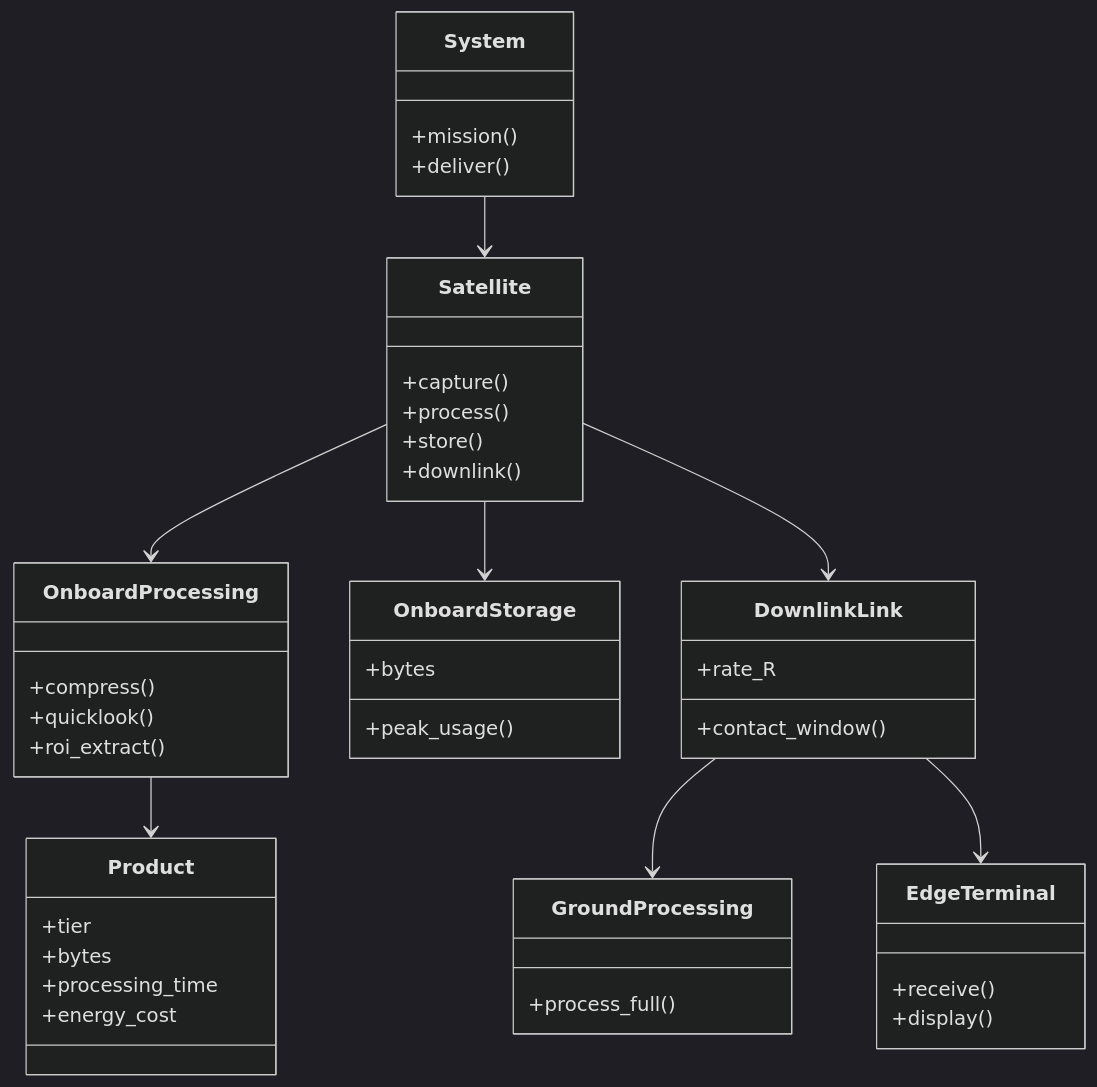
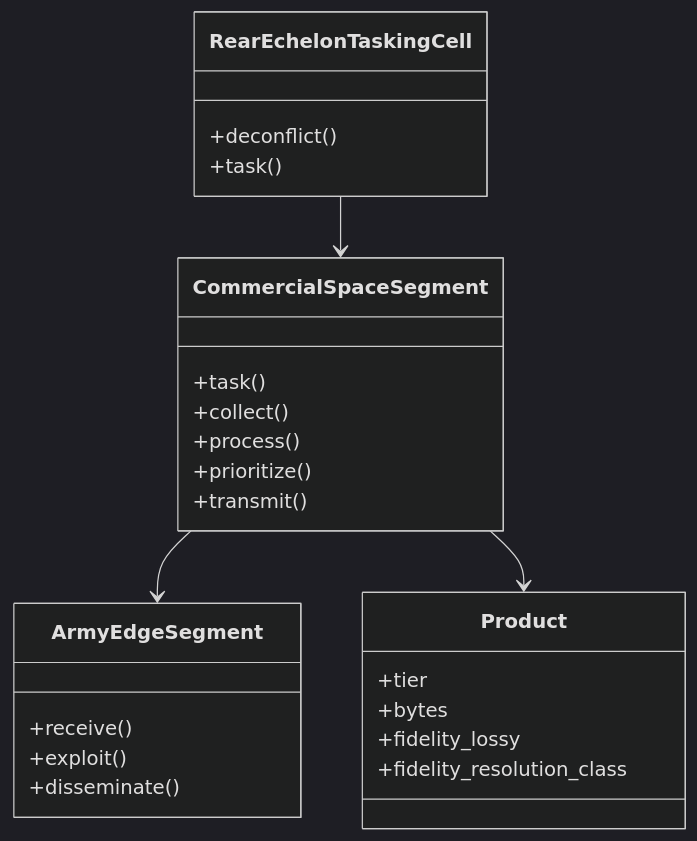
One commit to noahstephenson/leo-edge-architecture changed the third of 7 diagrams in docs/ARCHITECTURE_VIEWS.md. Above: the diagram before and after it, drawn with Mermaid (dark theme). The commit also changed other lines of this file and 4 other files, not shown here.

````diff
--- a/docs/ARCHITECTURE_VIEWS.md
+++ b/docs/ARCHITECTURE_VIEWS.md
@@ -75,47 +94,29 @@
 ```mermaid
 classDiagram
-    class System {
-        +mission()
-        +deliver()
+    class CommercialSpaceSegment {
+        +task()
+        +collect()
+        +process()
+        +prioritize()
+        +transmit()
     }
-    class Satellite {
-        +capture()
-        +process()
-        +store()
-        +downlink()
+    class ArmyEdgeSegment {
+        +receive()
+        +exploit()
+        +disseminate()
     }
-    class OnboardProcessing {
-        +compress()
-        +quicklook()
-        +roi_extract()
-    }
-    class OnboardStorage {
-        +bytes
-        +peak_usage()
-    }
-    class DownlinkLink {
-        +rate_R
-        +contact_window()
-    }
-    class GroundProcessing {
-        +process_full()
-    }
-    class EdgeTerminal {
-        +receive()
-        +display()
+    class RearEchelonTaskingCell {
+        +deconflict()
+        +task()
     }
     class Product {
         +tier
         +bytes
-        +processing_time
-        +energy_cost
+        +fidelity_lossy
+        +fidelity_resolution_class
     }
 
-    System --> Satellite
-    Satellite --> OnboardProcessing
-    Satellite --> OnboardStorage
-    Satellite --> DownlinkLink
-    DownlinkLink --> GroundProcessing
-    DownlinkLink --> EdgeTerminal
-    OnboardProcessing --> Product
+    RearEchelonTaskingCell --> CommercialSpaceSegment
+    CommercialSpaceSegment --> ArmyEdgeSegment
+    CommercialSpaceSegment --> Product
 ```
````
